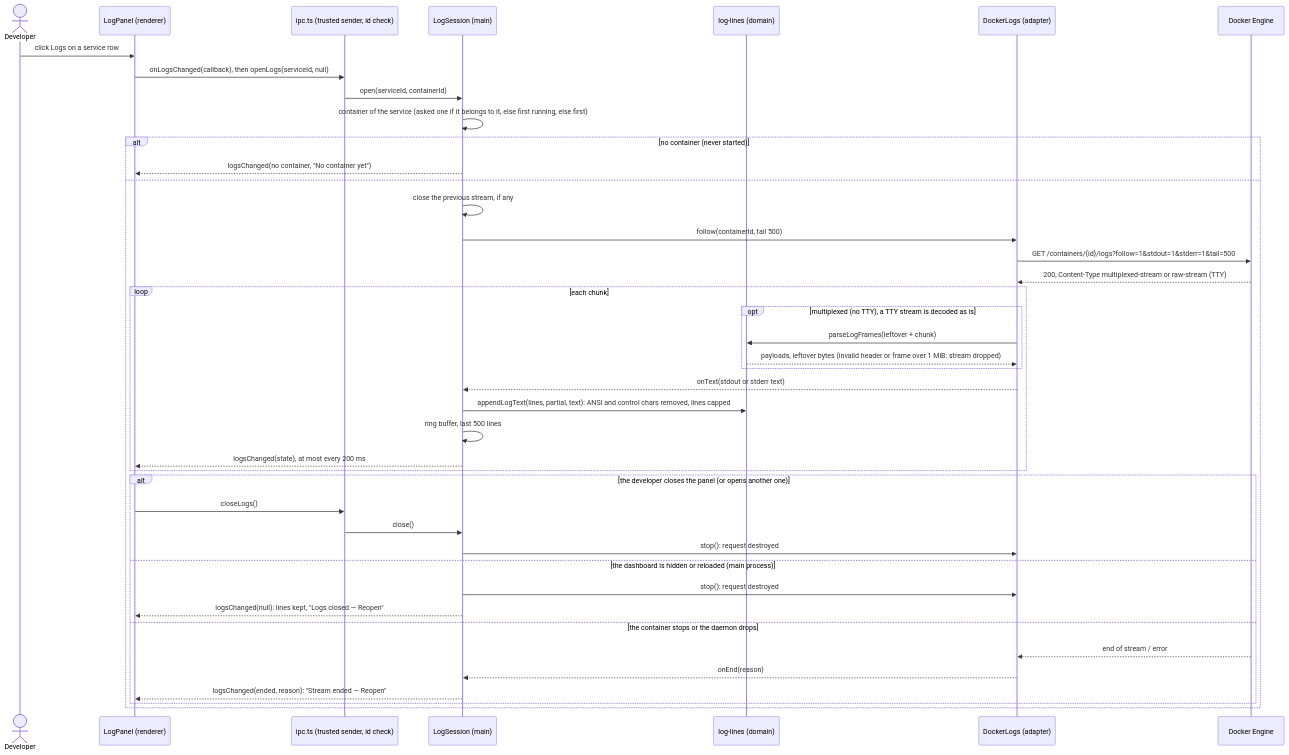
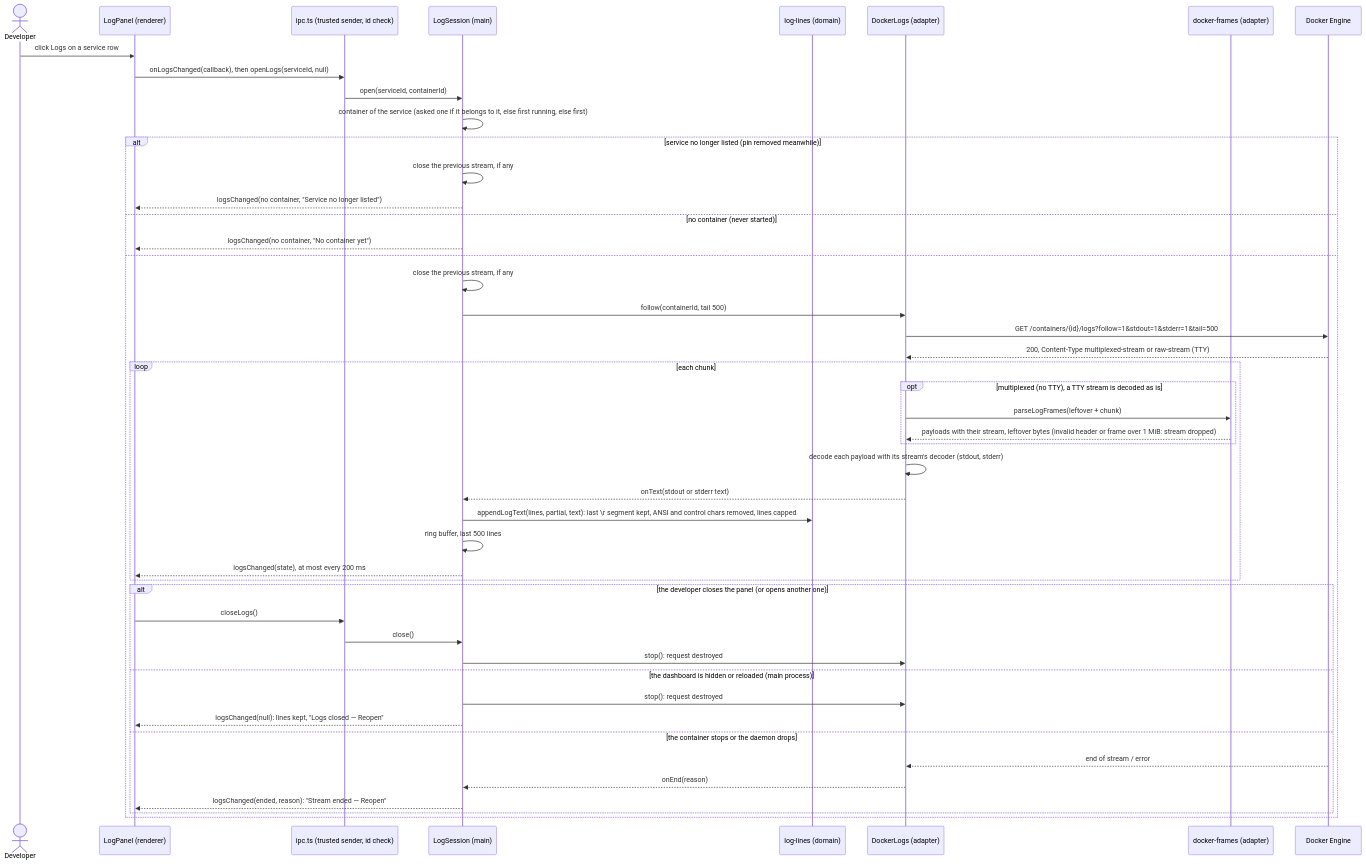
The diagram in docs/architecture/diagrams/launcher/14-sequence-service-logs.md (benoit-bremaud/dock-n-roll), drawn with Mermaid before and after one commit. The commit also changed other lines of this file and 14 other files, not shown here.

First line of the commit message:
feat(logs): progress bars, per-stream decoding and unlisted services

````diff
--- a/docs/architecture/diagrams/launcher/14-sequence-service-logs.md
+++ b/docs/architecture/diagrams/launcher/14-sequence-service-logs.md
@@ -15,45 +15,50 @@
 ```mermaid
 sequenceDiagram
   actor Dev as Developer
   participant UI as LogPanel (renderer)
   participant IPC as ipc.ts (trusted sender, id check)
   participant LS as LogSession (main)
   participant LF as log-lines (domain)
   participant DL as DockerLogs (adapter)
+  participant DF as docker-frames (adapter)
   participant DE as Docker Engine
 
   Dev->>UI: click Logs on a service row
   UI->>IPC: onLogsChanged(callback), then openLogs(serviceId, null)
   IPC->>LS: open(serviceId, containerId)
   LS->>LS: container of the service (asked one if it belongs to it, else first running, else first)
-  alt no container (never started)
+  alt service no longer listed (pin removed meanwhile)
+    LS->>LS: close the previous stream, if any
+    LS-->>UI: logsChanged(no container, "Service no longer listed")
+  else no container (never started)
     LS-->>UI: logsChanged(no container, "No container yet")
   else
     LS->>LS: close the previous stream, if any
     LS->>DL: follow(containerId, tail 500)
     DL->>DE: GET /containers/{id}/logs?follow=1&stdout=1&stderr=1&tail=500
     DE-->>DL: 200, Content-Type multiplexed-stream or raw-stream (TTY)
     loop each chunk
       opt multiplexed (no TTY), a TTY stream is decoded as is
-        DL->>LF: parseLogFrames(leftover + chunk)
-        LF-->>DL: payloads, leftover bytes (invalid header or frame over 1 MiB: stream dropped)
+        DL->>DF: parseLogFrames(leftover + chunk)
+        DF-->>DL: payloads with their stream, leftover bytes (invalid header or frame over 1 MiB: stream dropped)
       end
+      DL->>DL: decode each payload with its stream's decoder (stdout, stderr)
       DL-->>LS: onText(stdout or stderr text)
-      LS->>LF: appendLogText(lines, partial, text): ANSI and control chars removed, lines capped
+      LS->>LF: appendLogText(lines, partial, text): last \r segment kept, ANSI and control chars removed, lines capped
       LS->>LS: ring buffer, last 500 lines
       LS-->>UI: logsChanged(state), at most every 200 ms
     end
     alt the developer closes the panel (or opens another one)
       UI->>IPC: closeLogs()
       IPC->>LS: close()
       LS->>DL: stop(): request destroyed
     else the dashboard is hidden or reloaded (main process)
       LS->>DL: stop(): request destroyed
       LS-->>UI: logsChanged(null): lines kept, "Logs closed — Reopen"
     else the container stops or the daemon drops
       DE-->>DL: end of stream / error
       DL-->>LS: onEnd(reason)
       LS-->>UI: logsChanged(ended, reason): "Stream ended — Reopen"
     end
   end
 ```
````
